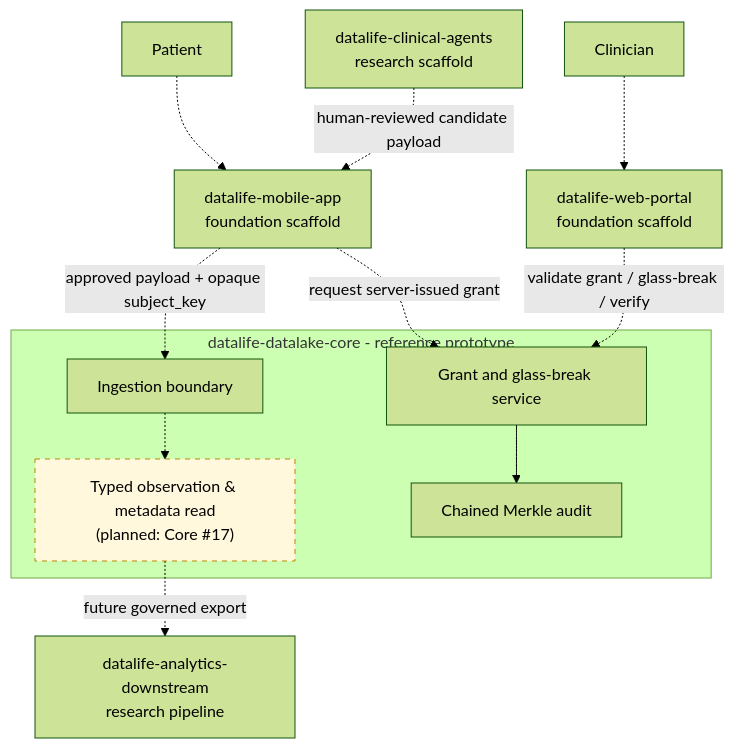
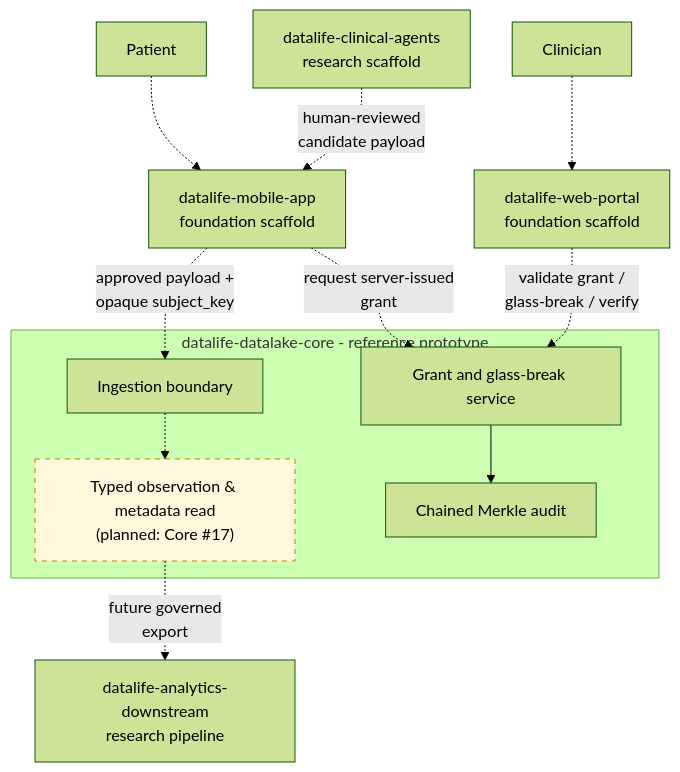
One commit to datalife-ehealth/.github changed the diagram in profile/README.md. Above: the diagram before and after it, drawn with Mermaid (forest theme).

Commit message:
docs(profile): wrap Mermaid edge labels

````diff
--- a/profile/README.md
+++ b/profile/README.md
@@ -51,27 +51,27 @@
 ```mermaid
 %%{init: {"flowchart": {"diagramPadding": 16, "nodeSpacing": 28, "rankSpacing": 34}}}%%
 flowchart TB
     Patient[Patient] -.-> Mobile["datalife-mobile-app<br/>foundation scaffold"]
     Clinician[Clinician] -.-> Web["datalife-web-portal<br/>foundation scaffold"]
 
     subgraph CoreRepo["datalife-datalake-core - reference prototype"]
         Ingest[Ingestion boundary]
         ObsStore["Typed observation & metadata read<br/>(planned: Core #17)"]
         Grants[Grant and glass-break service]
         Audit[Chained Merkle audit]
         Ingest -.-> ObsStore
         Grants --> Audit
     end
 
-    Mobile -. "approved payload + opaque subject_key" .-> Ingest
-    Mobile -. "request server-issued grant" .-> Grants
-    Web -. "validate grant / glass-break / verify" .-> Grants
+    Mobile -. "approved payload +<br/>opaque subject_key" .-> Ingest
+    Mobile -. "request server-issued<br/>grant" .-> Grants
+    Web -. "validate grant /<br/>glass-break / verify" .-> Grants
 
     Agents["datalife-clinical-agents<br/>research scaffold"]
     Analytics["datalife-analytics-downstream<br/>research pipeline"]
-    Agents -. "human-reviewed candidate payload" .-> Mobile
-    ObsStore -. "future governed export" .-> Analytics
+    Agents -. "human-reviewed<br/>candidate payload" .-> Mobile
+    ObsStore -. "future governed<br/>export" .-> Analytics
 
     classDef planned fill:#fff8dc,stroke:#b88700,stroke-dasharray: 5 5;
     class ObsStore planned;
 ```
````
